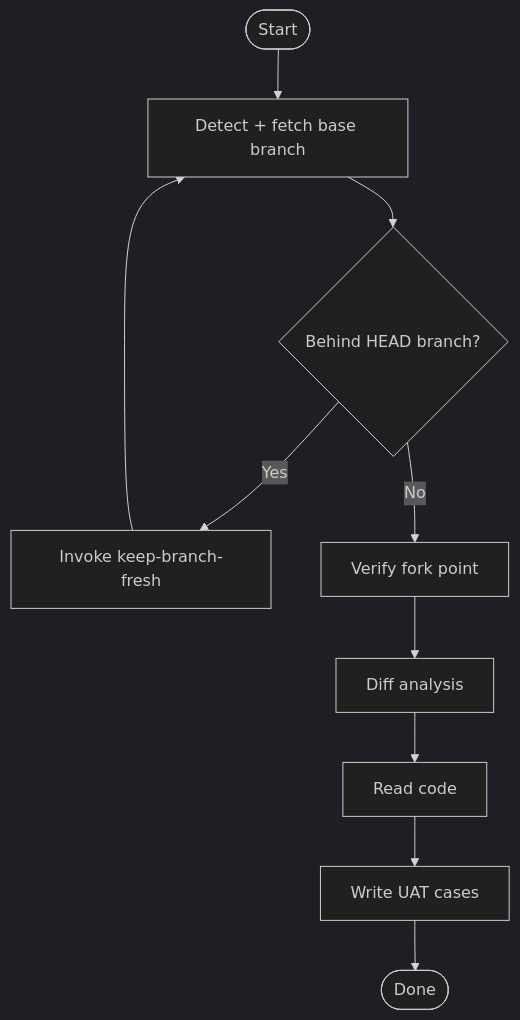
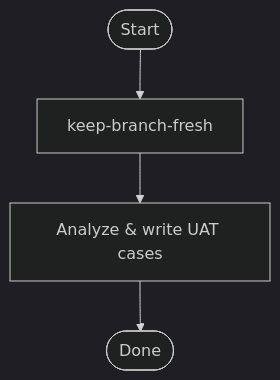
One commit to 35iter-cn/agents-config changed the diagram in skills/my-own-skills/pr-uat-case-gen/SKILL.md. Above: the diagram before and after it, drawn with Mermaid (dark theme). The commit also changed other lines of this file and 3 other files, not shown here.

First line of the commit message:
unify three workflow skills (pr-handoff, keep-branch-fresh, pr-uat-case-gen) to template structure

````diff
--- a/skills/my-own-skills/pr-uat-case-gen/SKILL.md
+++ b/skills/my-own-skills/pr-uat-case-gen/SKILL.md
@@ -50,12 +50,6 @@
 ```mermaid
 flowchart TD
-    A([Start]) --> B[Detect + fetch base branch]
-    B --> C{Behind HEAD branch?}
-    C -->|Yes| D[Invoke keep-branch-fresh]
-    D --> B
-    C -->|No| E[Verify fork point]
-    E --> F[Diff analysis]
-    F --> G[Read code]
-    G --> H[Write UAT cases]
-    H --> I([Done])
+    A([Start]) --> B[keep-branch-fresh]
+    B --> C[Analyze & write UAT cases]
+    C --> D([Done])
 ```
````
